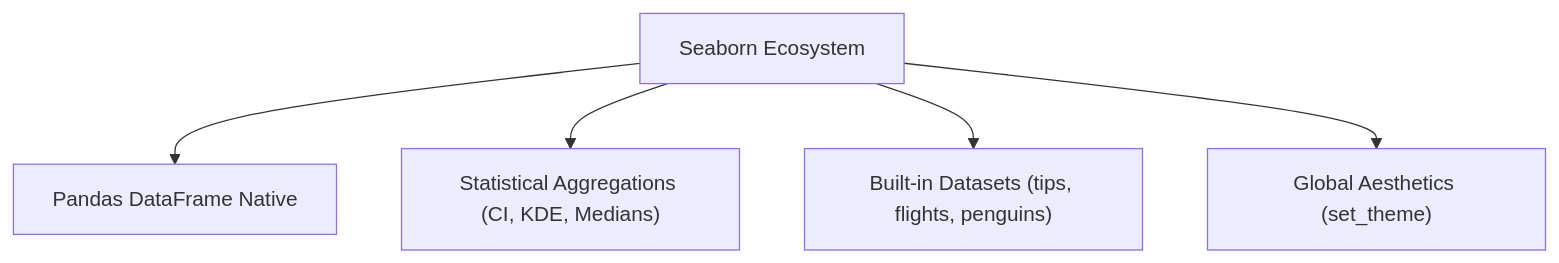
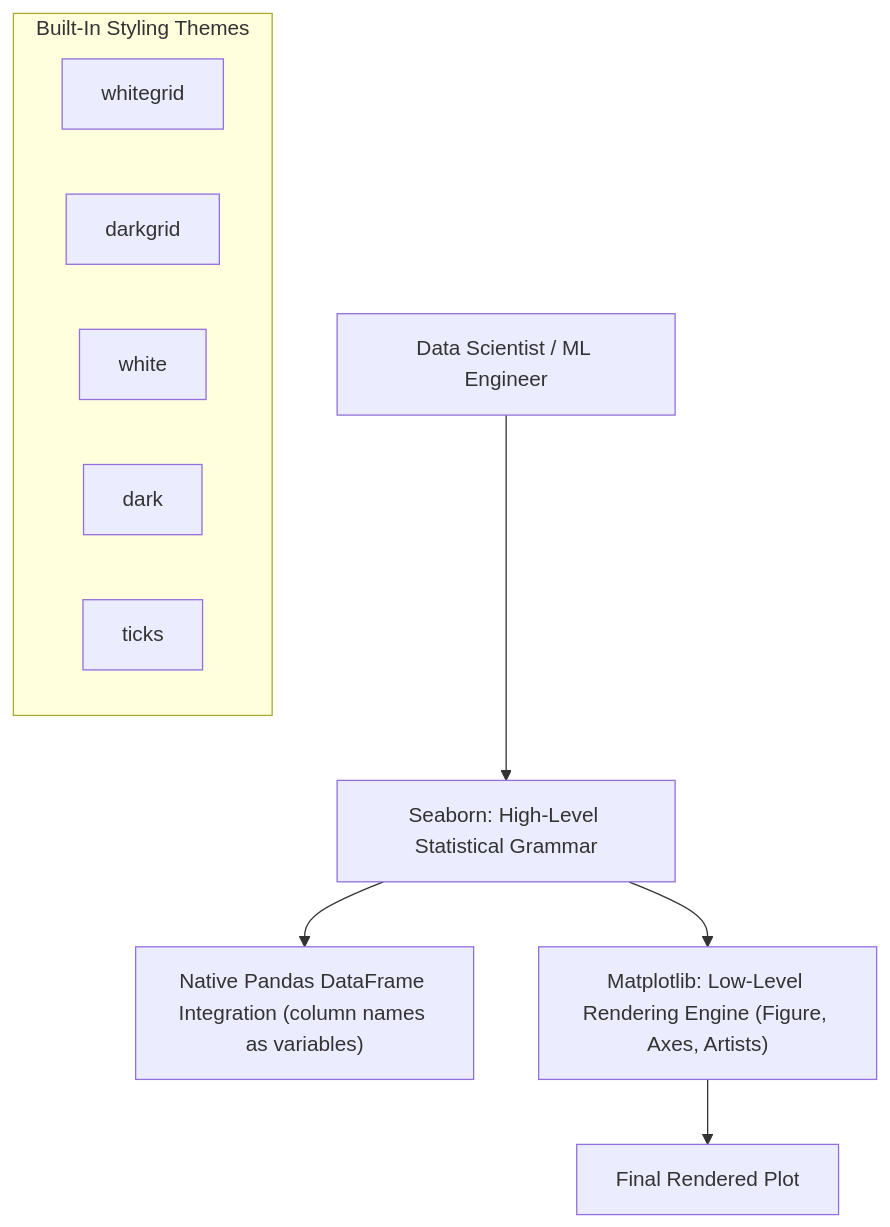
Before and after one commit to S1h2i3v4a/AI_ML: the diagram in lecture_19/Notes_19.10/README.md, drawn with Mermaid. The commit also changed other lines of this file and 203 other files, not shown here.

Commit message:
docs(lectures 19-21): align notes with video lectures, add blackboard diagrams, clean structured functions, and compile vector PDFs

````diff
--- a/lecture_19/Notes_19.10/README.md
+++ b/lecture_19/Notes_19.10/README.md
@@ -28,7 +10,15 @@
 ```mermaid
 flowchart TD
-    A["Seaborn Ecosystem"] --> B["Pandas DataFrame Native"]
-    A --> C["Statistical Aggregations (CI, KDE, Medians)"]
-    A --> D["Built-in Datasets (tips, flights, penguins)"]
-    A --> E["Global Aesthetics (set_theme)"]
+    User["Data Scientist / ML Engineer"] --> Sns["Seaborn: High-Level Statistical Grammar"]
+    Sns --> Pandas["Native Pandas DataFrame Integration (column names as variables)"]
+    Sns --> Matplotlib["Matplotlib: Low-Level Rendering Engine (Figure, Axes, Artists)"]
+    Matplotlib --> Screen["Final Rendered Plot"]
+    
+    subgraph Themes["Built-In Styling Themes"]
+        T1["whitegrid"]
+        T2["darkgrid"]
+        T3["white"]
+        T4["dark"]
+        T5["ticks"]
+    end
 ```
````
